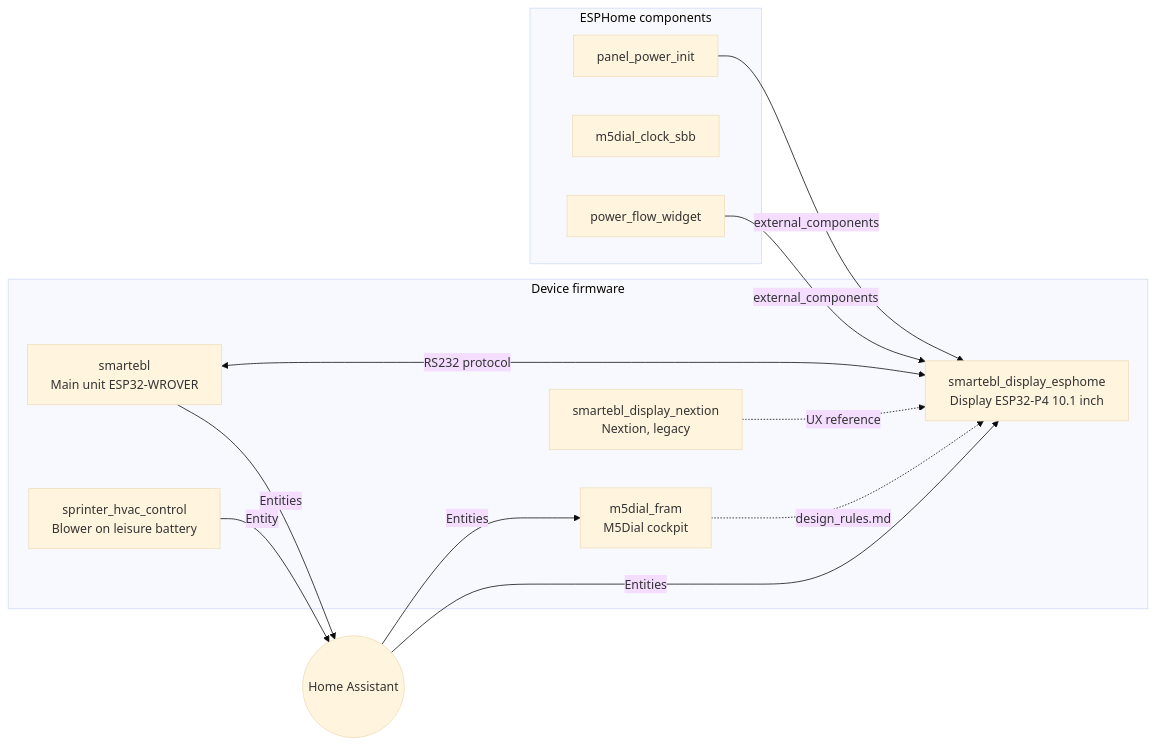
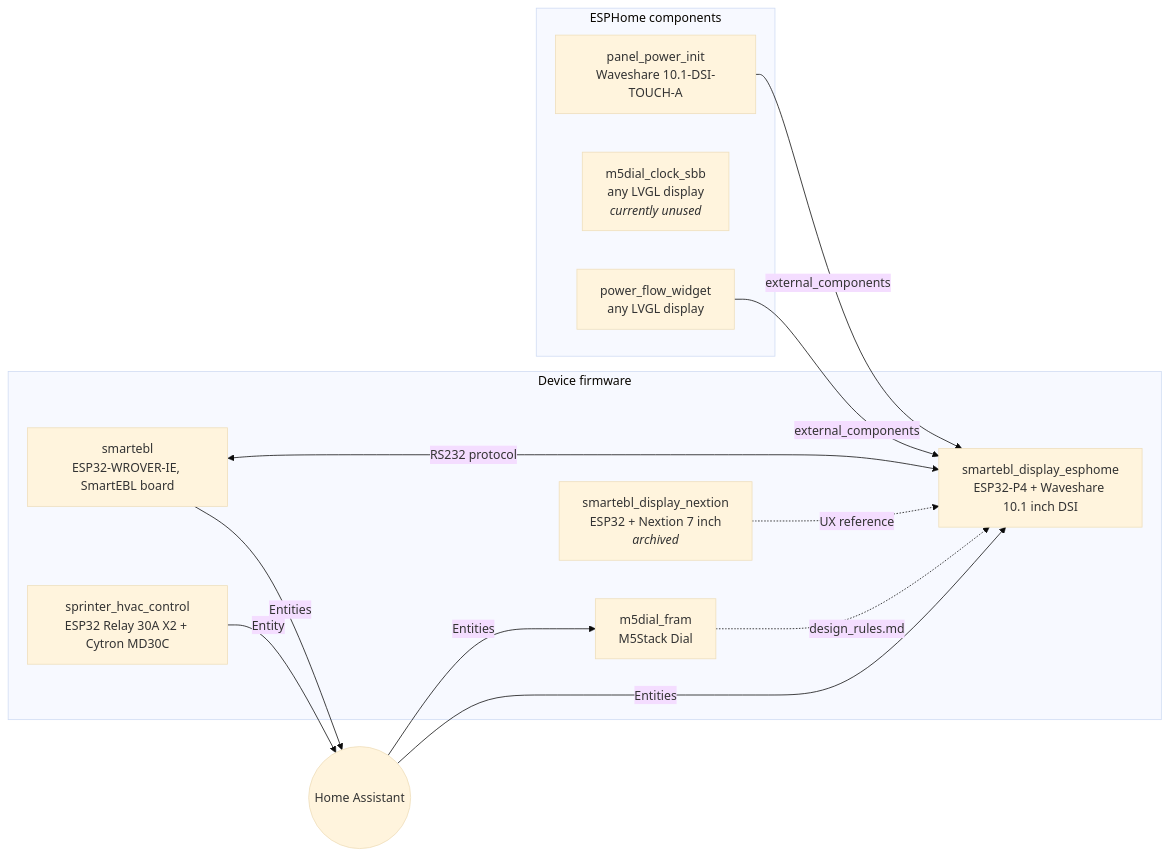
Before and after one commit to CzarofAK/CzarofAK: the diagram in README.md, drawn with Mermaid (base theme). The commit also changed other lines of this file, not shown here.

Commit message:
Revise firmware and component descriptions in README
Updated device firmware details and component descriptions in the flowchart.

````diff
--- a/README.md
+++ b/README.md
@@ -10,29 +10,29 @@
 ```mermaid
 flowchart LR
   subgraph DEV["Device firmware"]
-    EBL["smartebl<br/>Main unit ESP32-WROVER"]
-    DSP["smartebl_display_esphome<br/>Display ESP32-P4 10.1 inch"]
-    DIAL["m5dial_fram<br/>M5Dial cockpit"]
-    HVAC["sprinter_hvac_control<br/>Blower on leisure battery"]
-    OLD["smartebl_display_nextion<br/>Nextion, legacy"]
+    EBL["smartebl<br/>ESP32-WROVER-IE, SmartEBL board"]
+    DSP["smartebl_display_esphome<br/>ESP32-P4 + Waveshare 10.1 inch DSI"]
+    DIAL["m5dial_fram<br/>M5Stack Dial"]
+    HVAC["sprinter_hvac_control<br/>ESP32 Relay 30A X2 + Cytron MD30C"]
+    OLD["smartebl_display_nextion<br/>ESP32 + Nextion 7 inch<br/><i>archived</i>"]
   end
 
   subgraph COMP["ESPHome components"]
-    PPI["panel_power_init"]
-    SBB["m5dial_clock_sbb"]
-    PFW["power_flow_widget"]
+    PPI["panel_power_init<br/>Waveshare 10.1-DSI-TOUCH-A"]
+    SBB["m5dial_clock_sbb<br/>any LVGL display<br/><i>currently unused</i>"]
+    PFW["power_flow_widget<br/>any LVGL display"]
   end
 
   HA(("Home Assistant"))
 
   EBL <-->|RS232 protocol| DSP
   PPI -->|external_components| DSP
   PFW -->|external_components| DSP
   DIAL -.->|design_rules.md| DSP
   OLD -.->|UX reference| DSP
 
   HVAC -->|Entity| HA
   EBL -->|Entities| HA
   HA -->|Entities| DIAL
   HA -->|Entities| DSP
 ```
````
